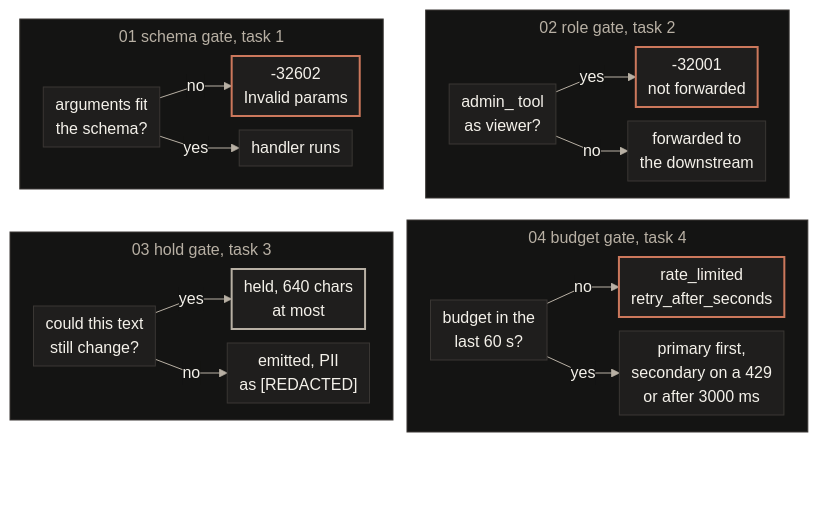
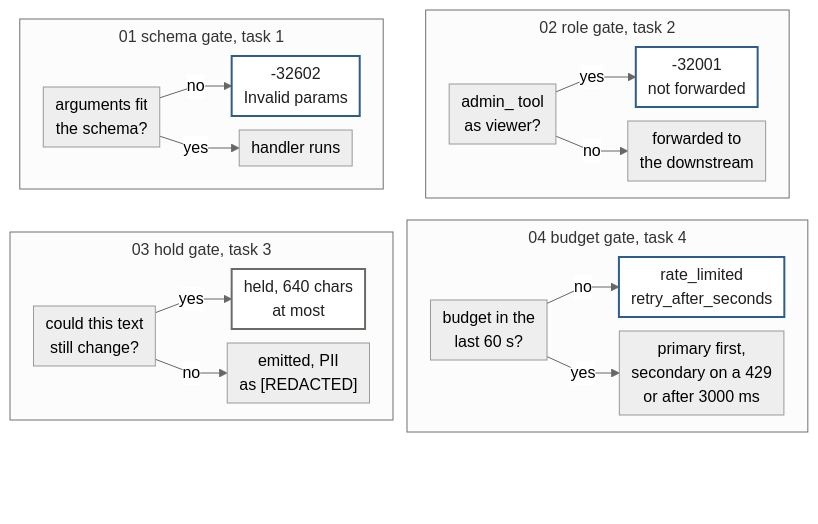
One commit to jameswniu/quilr-fde-assessment changed the diagram in README.md. Above: the diagram before and after it, drawn with Mermaid. The commit also changed other lines of this file and 6 other files, not shown here.

````diff
--- a/README.md
+++ b/README.md
@@ -154,35 +25,36 @@
 ```mermaid
-%%{init: {"theme": "base", "themeVariables": {"primaryColor": "#1F1E1D", "primaryTextColor": "#F4F1EA", "primaryBorderColor": "#3A3734", "lineColor": "#B8B0A4", "textColor": "#F4F1EA", "clusterBkg": "#141413", "clusterBorder": "#3A3734", "titleColor": "#B8B0A4", "edgeLabelBackground": "#141413", "fontSize": "16px"}, "flowchart": {"curve": "linear", "nodeSpacing": 14, "rankSpacing": 22, "padding": 6, "diagramPadding": 8, "subGraphTitleMargin": {"top": 6, "bottom": 14}}}}%%
+%% drawn by tools/draw_figures.py, edit the generator
+%%{init: {"theme": "neutral", "themeVariables": {"fontSize": "16px"}, "flowchart": {"curve": "linear", "nodeSpacing": 14, "rankSpacing": 22, "padding": 6, "diagramPadding": 8, "subGraphTitleMargin": {"top": 6, "bottom": 14}}}}%%
 flowchart TB
   subgraph S2["02 role gate, task 2"]
     direction LR
     B2["admin_ tool<br/>as viewer?"] -- yes --> B3["-32001<br/>not forwarded"]
     B2 -- no --> B4["forwarded to<br/>the downstream"]
   end
   subgraph S1["01 schema gate, task 1"]
     direction LR
     A2["arguments fit<br/>the schema?"] -- no --> A3["-32602<br/>Invalid params"]
     A2 -- yes --> A4["handler runs"]
   end
   subgraph S4["04 budget gate, task 4"]
     direction LR
     D2["budget in the<br/>last 60 s?"] -- no --> D3["rate_limited<br/>retry_after_seconds"]
     D2 -- yes --> D4["primary first,<br/>secondary on a 429<br/>or after 3000 ms"]
   end
   subgraph S3["03 hold gate, task 3"]
     direction LR
     C2["could this text<br/>still change?"] -- yes --> C3["held, 640 chars<br/>at most"]
     C2 -- no --> C4["emitted, PII<br/>as [REDACTED]"]
   end
   S1 ~~~ S3
   S2 ~~~ S4
   Z["<br/><br/>"]
   S3 ~~~ Z
   S4 ~~~ Z
-  classDef stop fill:#1F1E1D,stroke:#CC785C,stroke-width:2px,color:#F4F1EA
-  classDef hold fill:#1F1E1D,stroke:#B8B0A4,stroke-width:2px,color:#F4F1EA
+  classDef stop fill:#FFFFFF,stroke:#2F5D8A,stroke-width:2px,color:#1F1F1F
+  classDef hold fill:#FFFFFF,stroke:#6B6B66,stroke-width:2px,color:#1F1F1F
   class A3,B3,D3 stop
   class C3 hold
   classDef spacer fill:none,stroke:none,color:transparent
   class Z spacer
 ```
````
